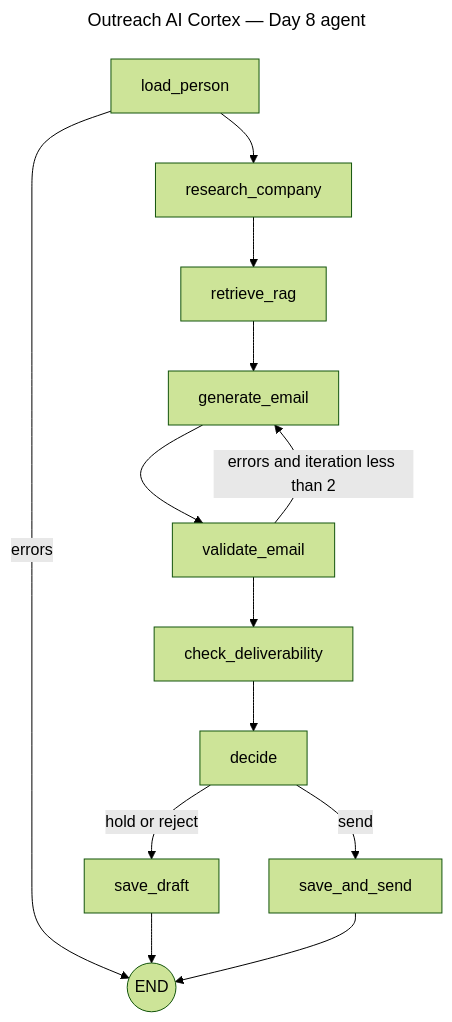
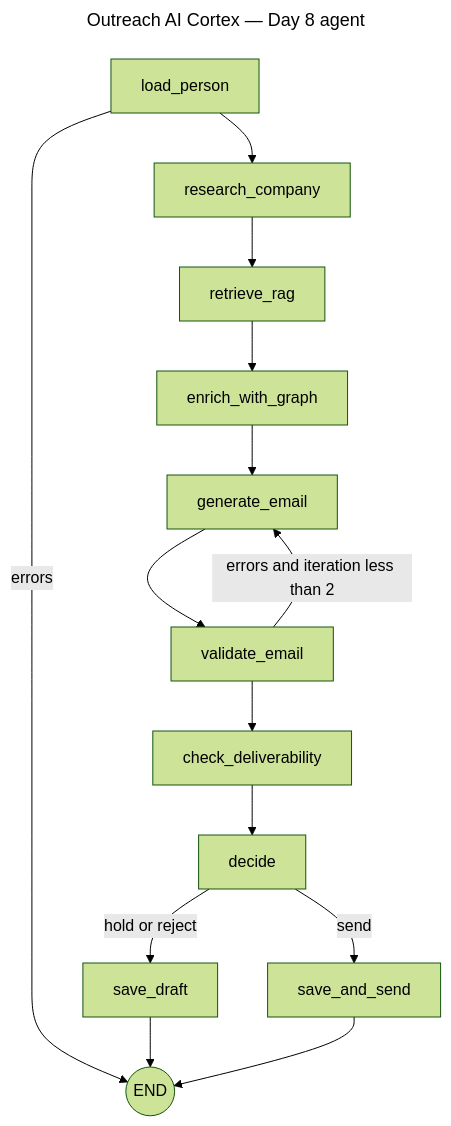
The diagram in docs/agent_graph.mmd (KirillUnity/outreach-ai-corte), drawn with Mermaid (forest theme) before and after one commit. The commit also changed 22 other files, not shown here.

Commit message:
[GRAPH] Day 12: Advanced graph queries - paths, mutual connections, influence scoring, recommendations

```diff
--- a/docs/agent_graph.mmd
+++ b/docs/agent_graph.mmd
@@ -1,27 +1,29 @@
 ---
 title: Outreach AI Cortex — Day 8 agent
 ---
 flowchart TD
     load_person[load_person]
     research_company[research_company]
     retrieve_rag[retrieve_rag]
+    enrich_with_graph[enrich_with_graph]
     generate_email[generate_email]
     validate_email[validate_email]
     check_deliverability[check_deliverability]
     decide[decide]
     save_draft[save_draft]
     save_and_send[save_and_send]
     END((END))
 
     load_person -->|errors| END
     load_person --> research_company
     research_company --> retrieve_rag
-    retrieve_rag --> generate_email
+    retrieve_rag --> enrich_with_graph
+    enrich_with_graph --> generate_email
     generate_email --> validate_email
     validate_email -->|errors and iteration less than 2| generate_email
     validate_email --> check_deliverability
     check_deliverability --> decide
     decide -->|send| save_and_send
     decide -->|hold or reject| save_draft
     save_draft --> END
     save_and_send --> END
```
